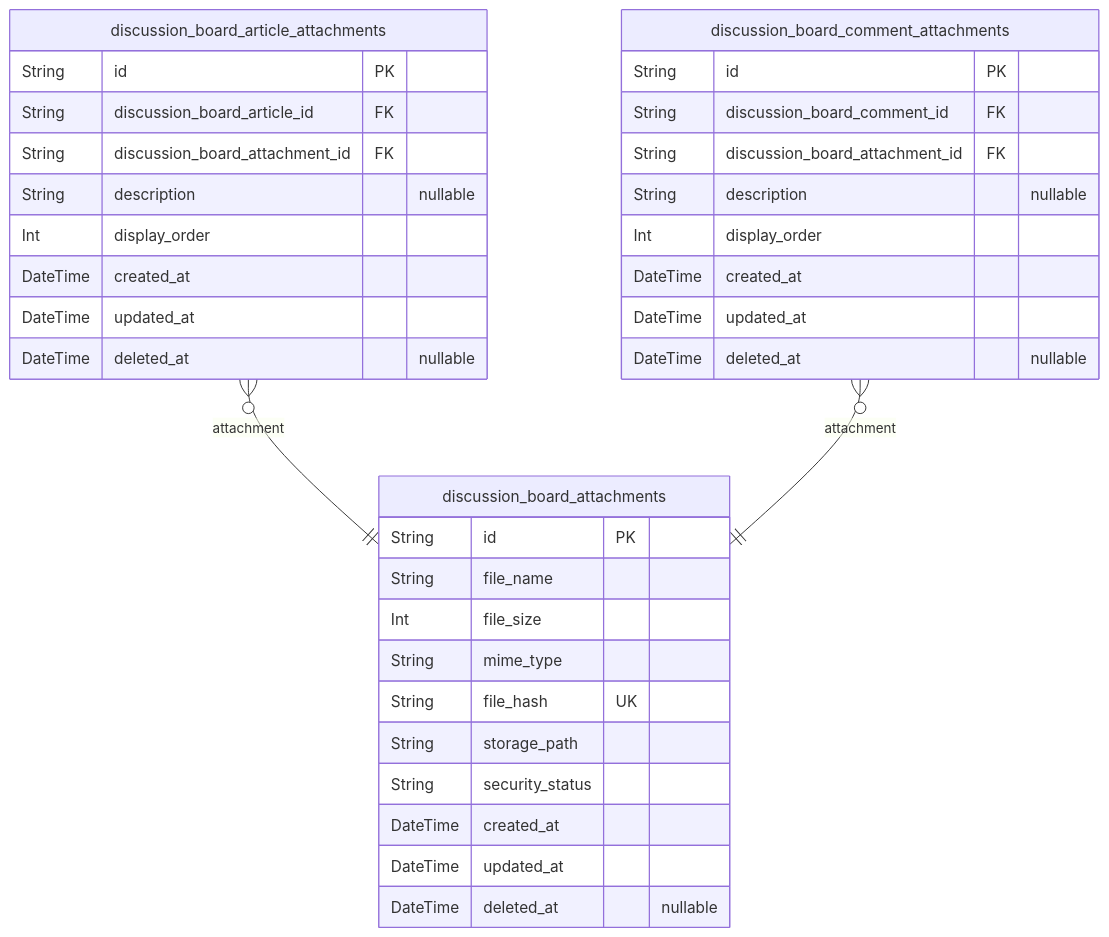
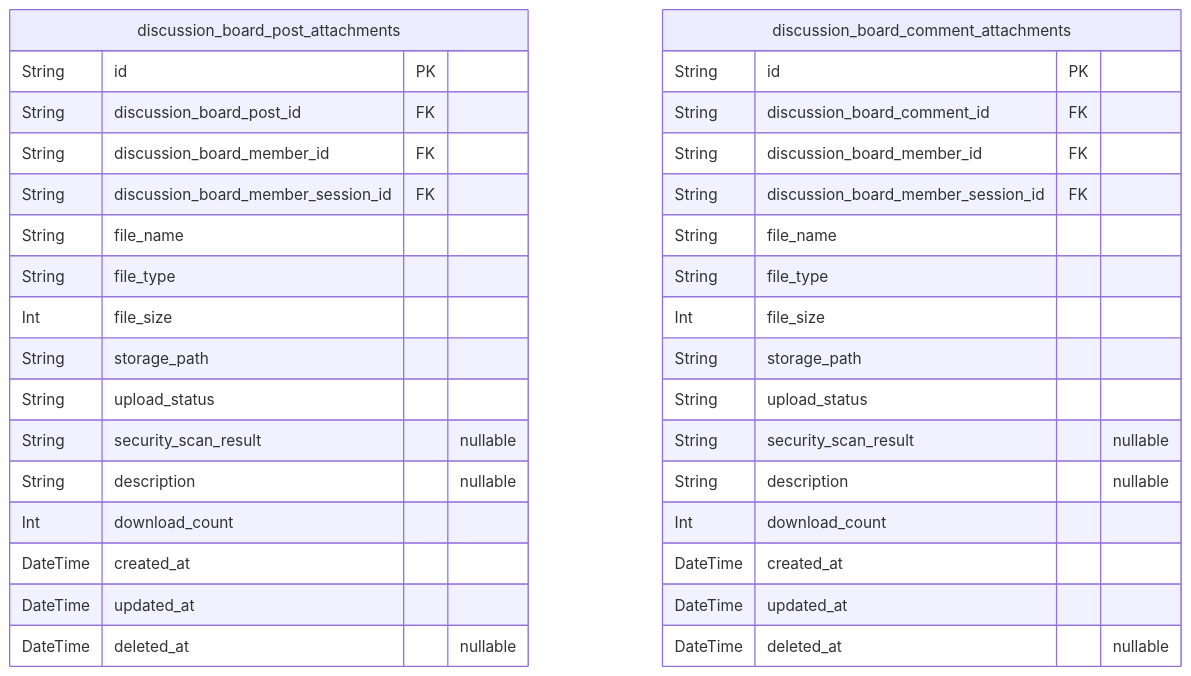
Before and after one commit to wrtnlabs/autobe-examples: the fifth of 8 diagrams in deepseek/deepseek-v3.1-terminus-exacto/bbs/docs/ERD.md, drawn with Mermaid. The commit also changed other lines of this file and 3569 other files, not shown here.

````diff
--- a/deepseek/deepseek-v3.1-terminus-exacto/bbs/docs/ERD.md
+++ b/deepseek/deepseek-v3.1-terminus-exacto/bbs/docs/ERD.md
@@ -652,37 +495,37 @@
 ```mermaid
 erDiagram
-"discussion_board_attachments" {
+"discussion_board_post_attachments" {
   String id PK
+  String discussion_board_post_id FK
+  String discussion_board_member_id FK
+  String discussion_board_member_session_id FK
   String file_name
+  String file_type
   Int file_size
-  String mime_type
-  String file_hash UK
   String storage_path
-  String security_status
-  DateTime created_at
-  DateTime updated_at
-  DateTime deleted_at "nullable"
-}
-"discussion_board_article_attachments" {
-  String id PK
-  String discussion_board_article_id FK
-  String discussion_board_attachment_id FK
+  String upload_status
+  String security_scan_result "nullable"
   String description "nullable"
-  Int display_order
+  Int download_count
   DateTime created_at
   DateTime updated_at
   DateTime deleted_at "nullable"
 }
 "discussion_board_comment_attachments" {
   String id PK
   String discussion_board_comment_id FK
-  String discussion_board_attachment_id FK
+  String discussion_board_member_id FK
+  String discussion_board_member_session_id FK
+  String file_name
+  String file_type
+  Int file_size
+  String storage_path
+  String upload_status
+  String security_scan_result "nullable"
   String description "nullable"
-  Int display_order
+  Int download_count
   DateTime created_at
   DateTime updated_at
   DateTime deleted_at "nullable"
 }
-"discussion_board_article_attachments" }o--|| "discussion_board_attachments" : attachment
-"discussion_board_comment_attachments" }o--|| "discussion_board_attachments" : attachment
 ```
````
